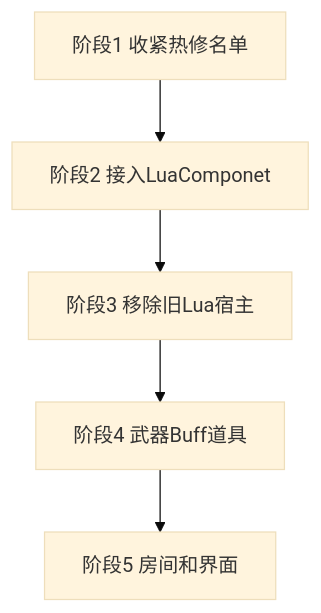
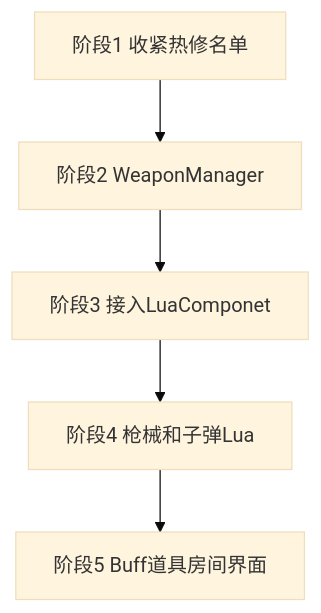
Before and after one commit to AChen1111/P_GUN: the diagram in .agents/skills/pgun-project-context/references/lua-gameplay-rewrite-plan.md, drawn with Mermaid (base theme). The commit also changed other lines of this file and 1 other file, not shown here.

First line of the commit message:
补充武器管理器，枪械和子弹规则改走 Lua。

````diff
--- a/.agents/skills/pgun-project-context/references/lua-gameplay-rewrite-plan.md
+++ b/.agents/skills/pgun-project-context/references/lua-gameplay-rewrite-plan.md
@@ -17,12 +17,12 @@
 ```mermaid
 flowchart TD
   hotfixList[阶段1 收紧热修名单]
-  framework[阶段2 接入LuaComponet]
-  removeOld[阶段3 移除旧Lua宿主]
-  contentLua[阶段4 武器Buff道具]
-  roomUi[阶段5 房间和界面]
-  hotfixList --> framework
-  framework --> removeOld
-  removeOld --> contentLua
-  contentLua --> roomUi
+  weaponMgr[阶段2 WeaponManager]
+  framework[阶段3 接入LuaComponet]
+  gunBullet[阶段4 枪械和子弹Lua]
+  contentLua[阶段5 Buff道具房间界面]
+  hotfixList --> weaponMgr
+  weaponMgr --> framework
+  framework --> gunBullet
+  gunBullet --> contentLua
 ```
````
